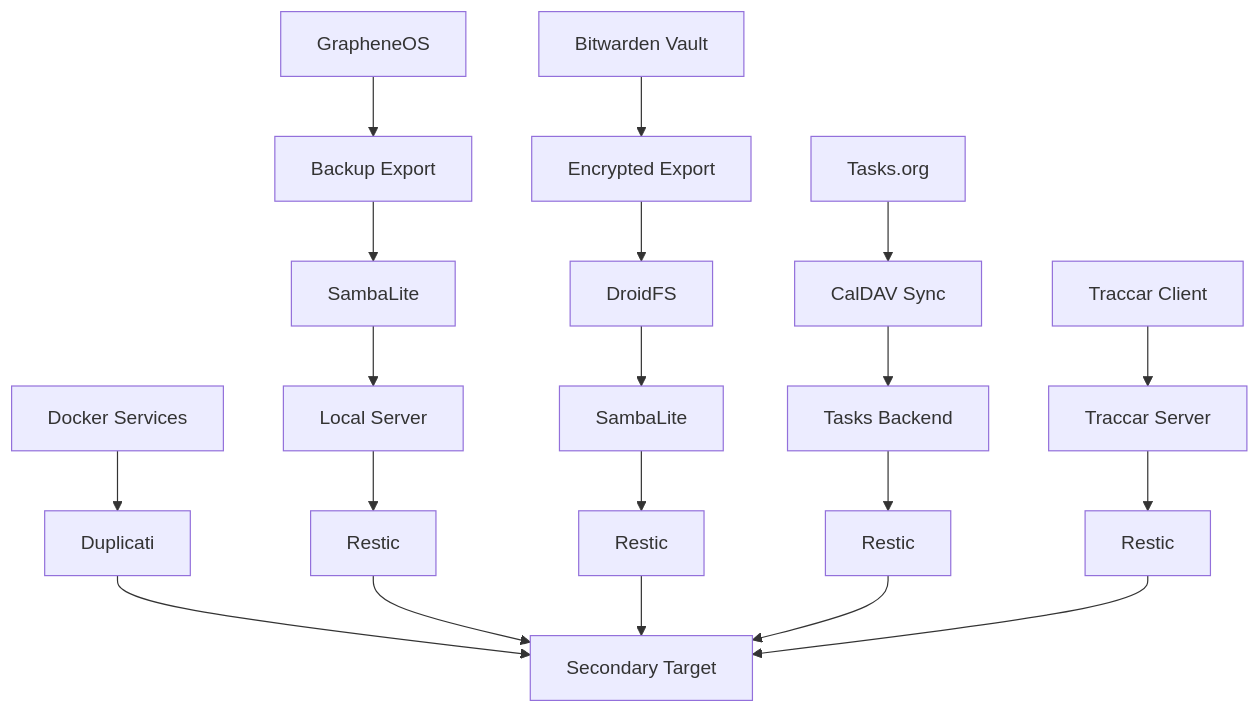
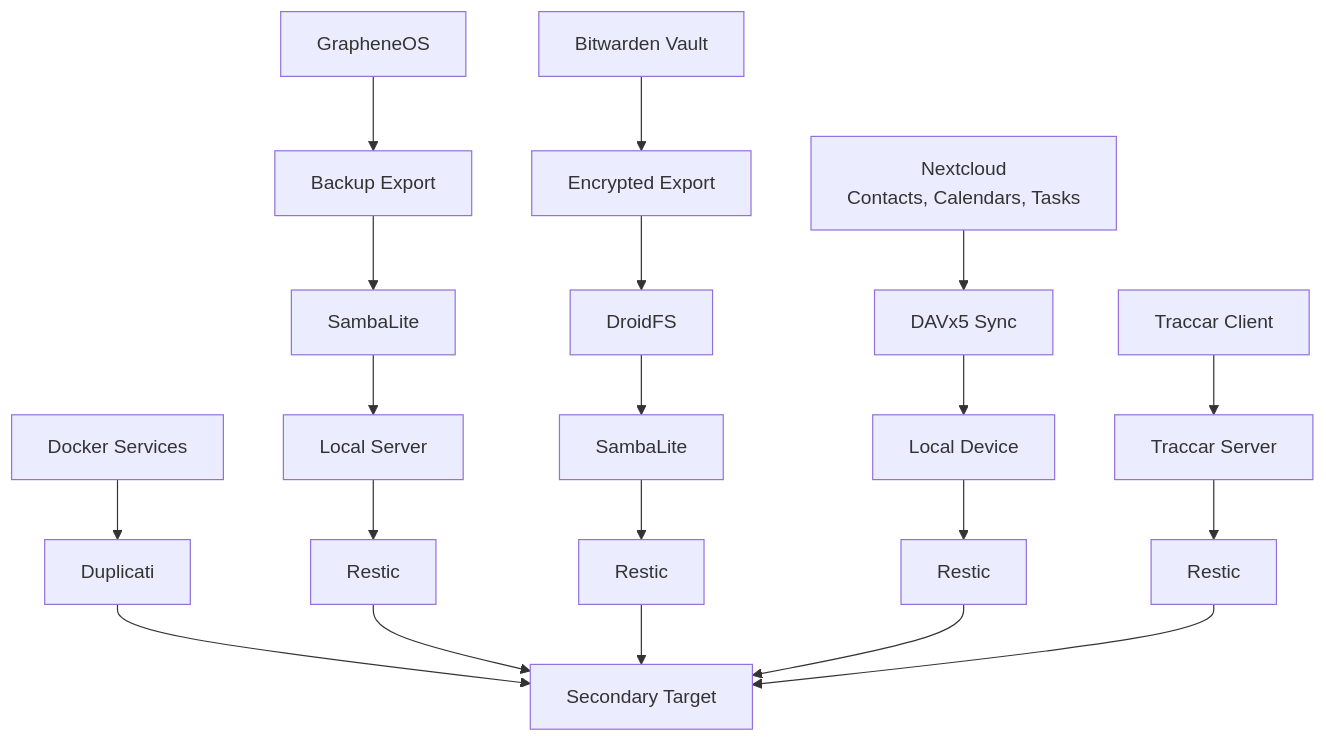
One commit to Kf1sh27/DeGoogle changed the third of 3 diagrams in README.md. Above: the diagram before and after it, drawn with Mermaid. The commit also changed other lines of this file, not shown here.

First line of the commit message:
Update Contacts, Calendar, and Tasks to use Nextcloud with DAVx5 sync

````diff
--- a/README.md
+++ b/README.md
@@ -299,12 +297,12 @@
 ```mermaid
 flowchart TB
     GOS2[GrapheneOS] --> BExport[Backup Export] --> Sync1[SambaLite] --> Srv1[Local Server] --> R1[Restic]
-    Tasks[Tasks.org] --> TasksSync[CalDAV Sync] --> TasksServer[Tasks Backend] --> R3[Restic]
+    Nextcloud[Nextcloud<br/>Contacts, Calendars, Tasks] --> NextcloudSync[DAVx5 Sync] --> Local[Local Device] --> R3[Restic]
     TraccarClient[Traccar Client] --> TraccarServer[Traccar Server] --> R4[Restic]
     BW2[Bitwarden Vault] --> BWExport[Encrypted Export] --> Crypto[DroidFS] --> Sync2[SambaLite] --> R2[Restic]
     Docker[Docker Services] --> Dup[Duplicati] --> Secondary[Secondary Target]
     R1 --> Secondary
     R2 --> Secondary
     R3 --> Secondary
     R4 --> Secondary
 ```
````
